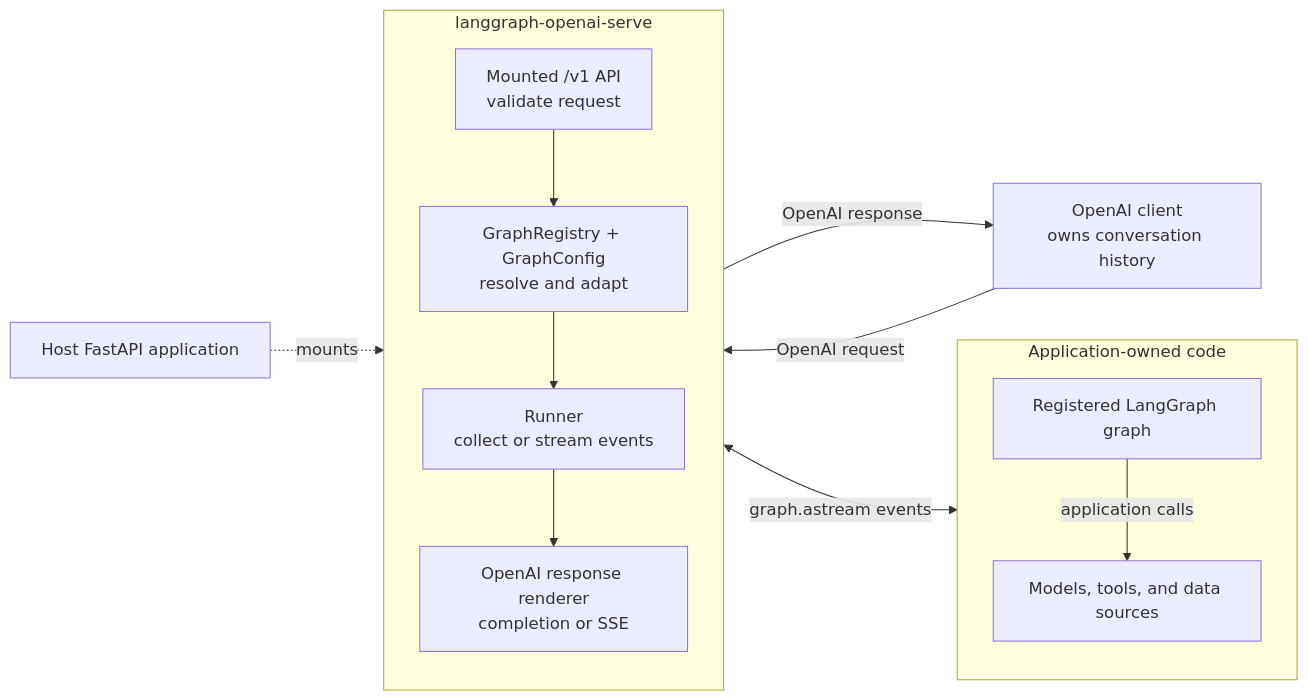
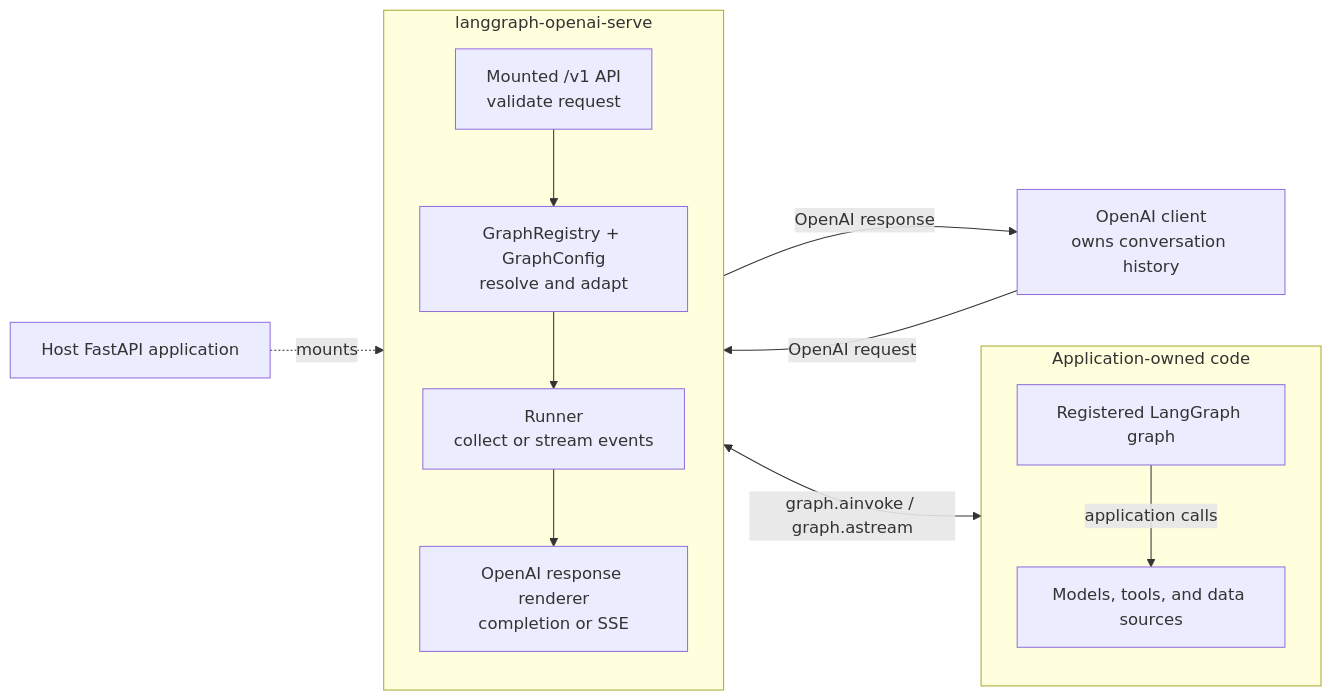
One commit to ilkersigirci/langgraph-openai-serve changed the first of 2 diagrams in docs/explanation/architecture.md. Above: the diagram before and after it, drawn with Mermaid. The commit also changed other lines of this file and 14 other files, not shown here.

````diff
--- a/docs/explanation/architecture.md
+++ b/docs/explanation/architecture.md
@@ -9,27 +9,27 @@
 ```mermaid
 flowchart LR
   client["OpenAI client<br/>owns conversation history"]
   host["Host FastAPI application"]
 
   subgraph lgos["langgraph-openai-serve"]
     direction TB
     api["Mounted /v1 API<br/>validate request"]
     config["GraphRegistry + GraphConfig<br/>resolve and adapt"]
     runner["Runner<br/>collect or stream events"]
     render["OpenAI response renderer<br/>completion or SSE"]
 
     api --> config --> runner --> render
   end
 
   subgraph application["Application-owned code"]
     direction TB
     app_graph["Registered LangGraph graph"]
     dependencies["Models, tools, and data sources"]
     app_graph -->|"application calls"| dependencies
   end
 
   client -->|"OpenAI request"| api
   host -.->|"mounts"| api
-  runner <-->|"graph.astream events"| app_graph
+  runner <-->|"graph.ainvoke / graph.astream"| app_graph
   render -->|"OpenAI response"| client
 ```
````
